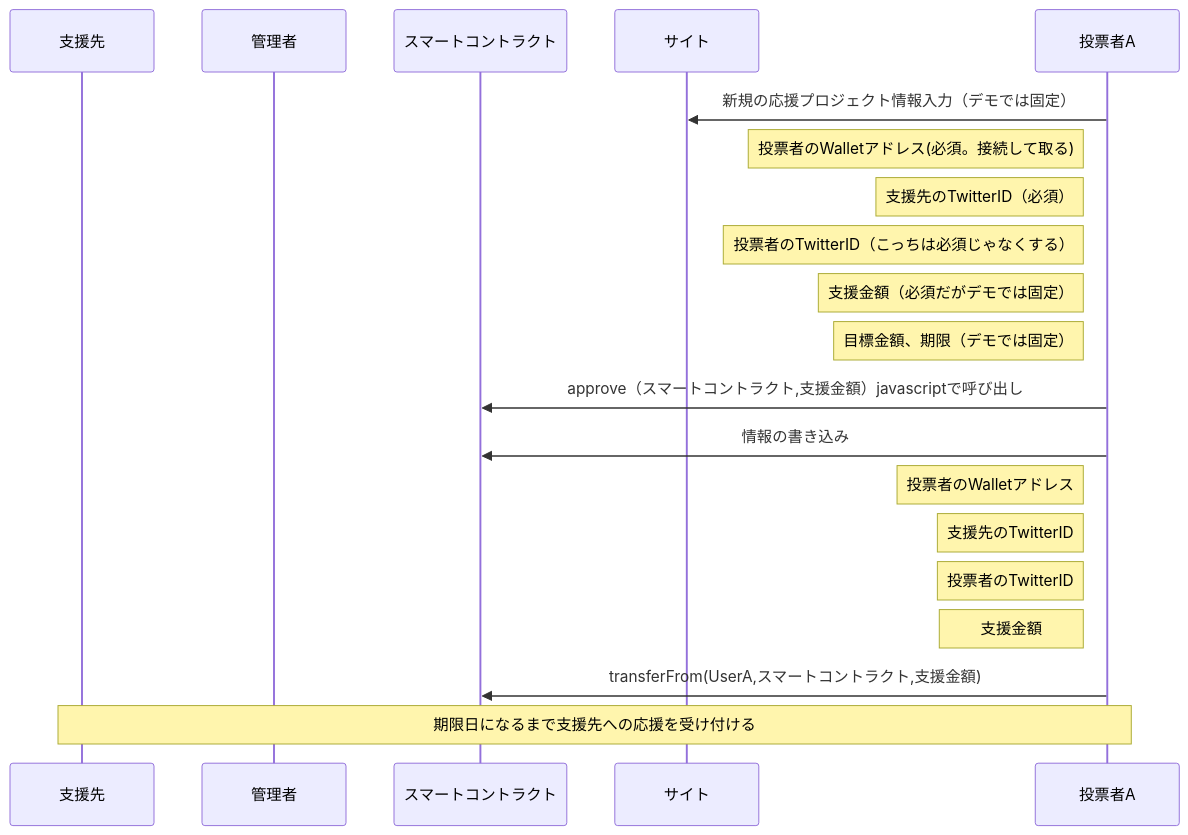
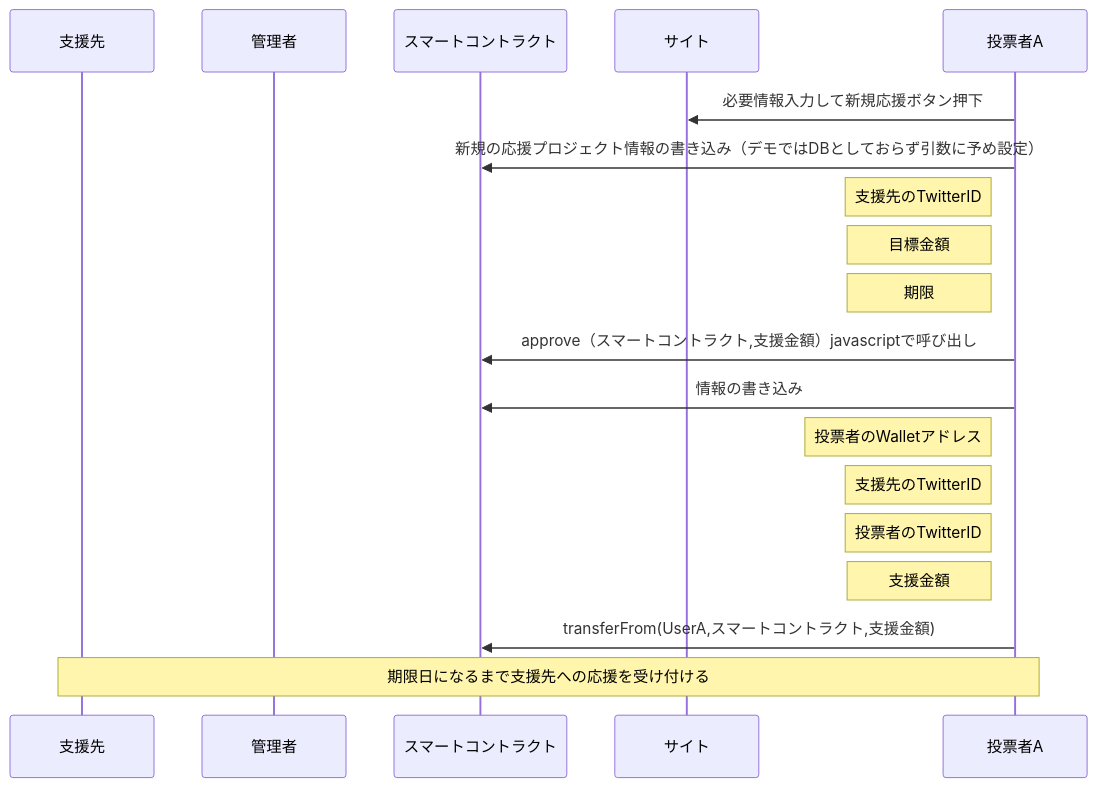
The first of 3 diagrams in 勝手に応援.md (demio-se/JPYC_hackathon), drawn with Mermaid before and after one commit. The commit also changed other lines of this file, not shown here.

````diff
--- a/勝手に応援.md
+++ b/勝手に応援.md
@@ -2,22 +2,21 @@
 ```mermaid 
 sequenceDiagram
 participant sp as 支援先
 participant admin as 管理者
 participant sc as スマートコントラクト
 participant server as サイト
 participant userA as 投票者A
-userA->>server: 新規の応援プロジェクト情報入力（デモでは固定）
-Note left of userA: 投票者のWalletアドレス(必須。接続して取る)
-Note left of userA: 支援先のTwitterID（必須）
-Note left of userA: 投票者のTwitterID（こっちは必須じゃなくする）
-Note left of userA: 支援金額（必須だがデモでは固定）
-Note left of userA: 目標金額、期限（デモでは固定）
+userA->>server: 必要情報入力して新規応援ボタン押下
+userA->>sc: 新規の応援プロジェクト情報の書き込み（デモではDBとしておらず引数に予め設定）
+Note left of userA: 支援先のTwitterID
+Note left of userA: 目標金額
+Note left of userA: 期限
 userA->>sc: approve（スマートコントラクト,支援金額）javascriptで呼び出し
 userA->>sc: 情報の書き込み
 Note left of userA: 投票者のWalletアドレス
 Note left of userA: 支援先のTwitterID
 Note left of userA: 投票者のTwitterID
 Note left of userA: 支援金額
 userA->>sc: transferFrom(UserA,スマートコントラクト,支援金額)
 Note over sp,userA: 期限日になるまで支援先への応援を受け付ける
 ```
````
